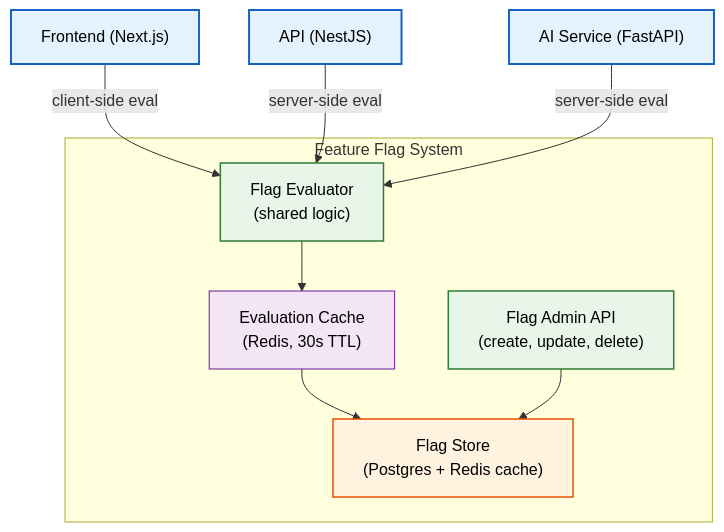
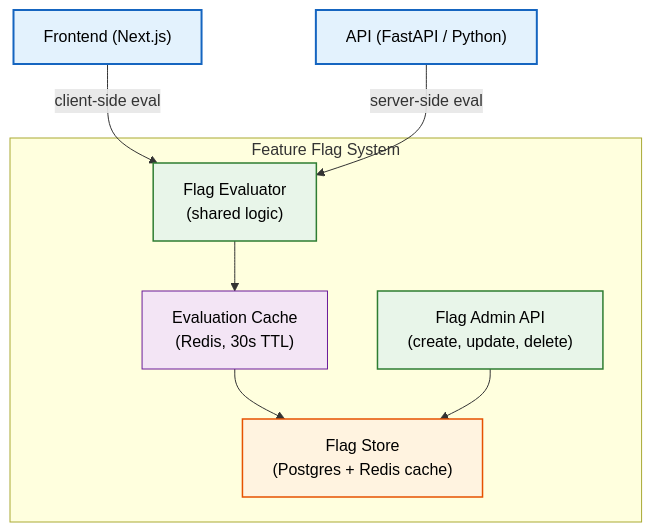
One commit to Driftloom/Vaeloom changed the first of 2 diagrams in docs/enterprise/Feature-Flags.md. Above: the diagram before and after it, drawn with Mermaid. The commit also changed other lines of this file and 159 other files, not shown here.

````diff
--- a/docs/enterprise/Feature-Flags.md
+++ b/docs/enterprise/Feature-Flags.md
@@ -43,24 +56,22 @@
 ```mermaid
 graph TD
     classDef client fill:#e3f2fd,stroke:#1565c0,color:#000,stroke-width:2px
     classDef eval fill:#e8f5e9,stroke:#2e7d32,color:#000,stroke-width:1.5px
     classDef store fill:#fff3e0,stroke:#e65100,color:#000,stroke-width:1.5px
     classDef cache fill:#f3e5f5,stroke:#6a1b9a,color:#000,stroke-width:1px
 
     FE["Frontend (Next.js)"]:::client
-    API["API (NestJS)"]:::client
-    AI["AI Service (FastAPI)"]:::client
+    API["API (FastAPI / Python)"]:::client
 
     subgraph FlagSystem["Feature Flag System"]
         EVAL["Flag Evaluator<br/>(shared logic)"]:::eval
         STORE["Flag Store<br/>(Postgres + Redis cache)"]:::store
         CACHE["Evaluation Cache<br/>(Redis, 30s TTL)"]:::cache
         ADMIN["Flag Admin API<br/>(create, update, delete)"]:::eval
     end
 
     FE -->|"client-side eval"| EVAL
     API -->|"server-side eval"| EVAL
-    AI -->|"server-side eval"| EVAL
     EVAL --> CACHE --> STORE
     ADMIN --> STORE
 ```
````
